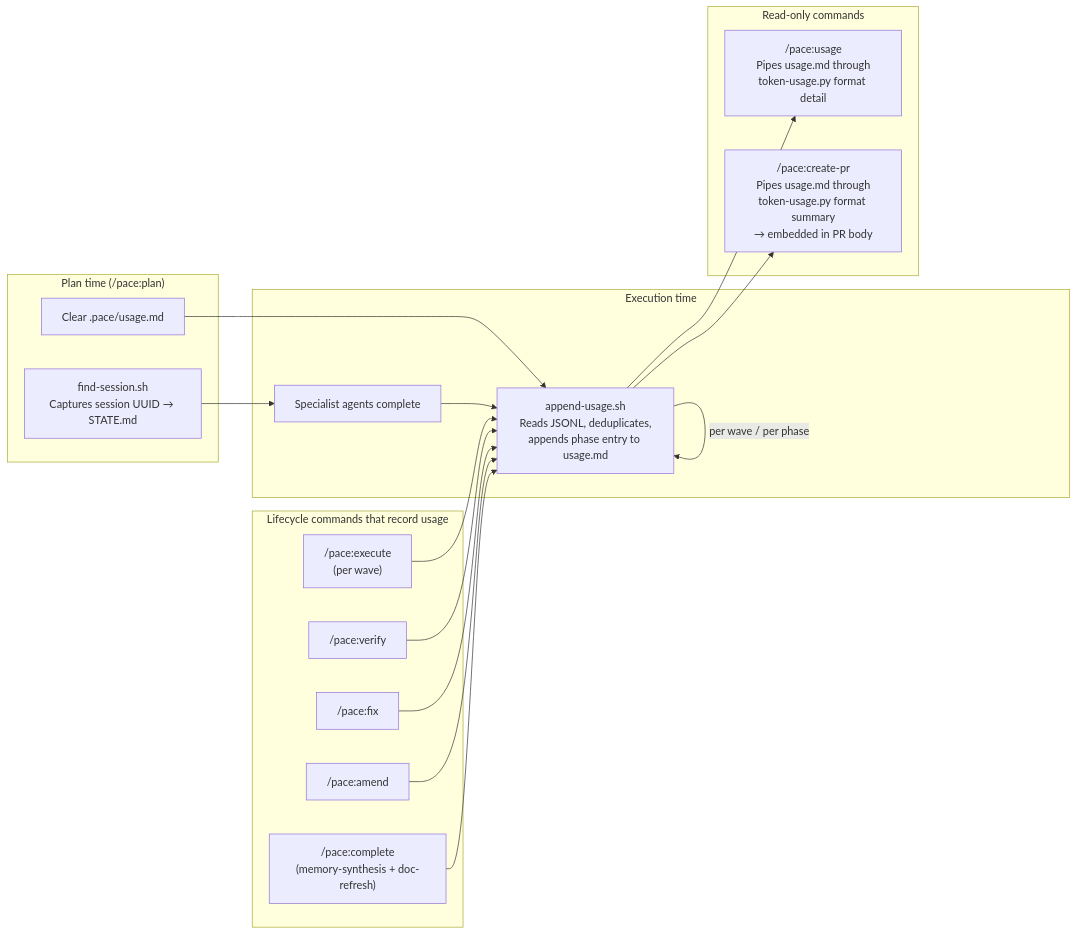
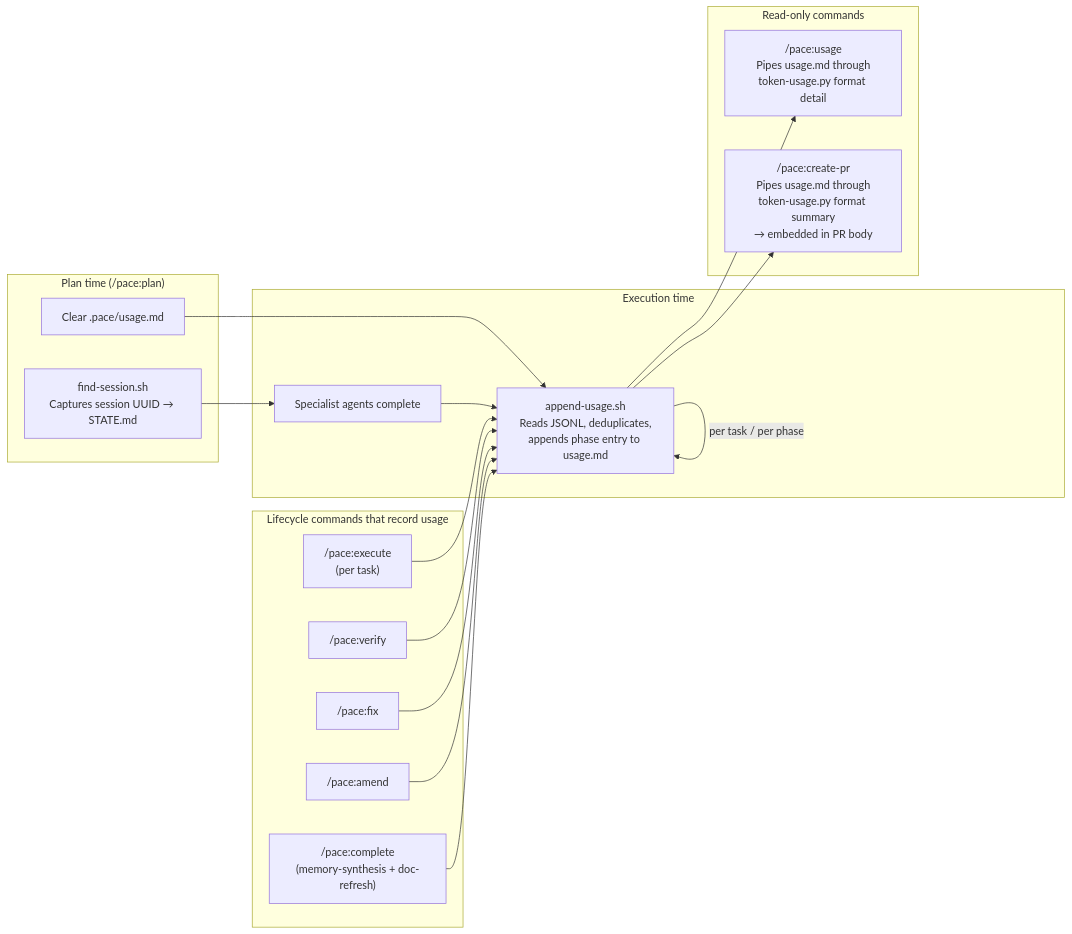
The fifth of 6 diagrams in docs/architecture.md (jwprichard/pace), drawn with Mermaid before and after one commit. The commit also changed other lines of this file and 17 other files, not shown here.

````diff
--- a/docs/architecture.md
+++ b/docs/architecture.md
@@ -143,33 +143,33 @@
 ```mermaid
 flowchart LR
     subgraph plan_time["Plan time (/pace:plan)"]
         session["find-session.sh\nCaptures session UUID → STATE.md"]
         clear["Clear .pace/usage.md"]
     end
 
     subgraph exec_time["Execution time"]
         agents["Specialist agents complete"]
         append["append-usage.sh\nReads JSONL, deduplicates,\nappends phase entry to usage.md"]
     end
 
     subgraph lifecycle["Lifecycle commands that record usage"]
-        execphase["/pace:execute\n(per wave)"]
+        execphase["/pace:execute\n(per task)"]
         verifyphase["/pace:verify"]
         fixphase["/pace:fix"]
         amendphase["/pace:amend"]
         completephase["/pace:complete\n(memory-synthesis + doc-refresh)"]
     end
 
     subgraph display["Read-only commands"]
         usage["/pace:usage\nPipes usage.md through\ntoken-usage.py format detail"]
         pr["/pace:create-pr\nPipes usage.md through\ntoken-usage.py format summary\n→ embedded in PR body"]
     end
 
     session --> agents
     clear --> append
     agents --> append
     execphase & verifyphase & fixphase & amendphase & completephase --> append
-    append -->|per wave / per phase| append
+    append -->|per task / per phase| append
     append --> usage
     append --> pr
 ```
````
